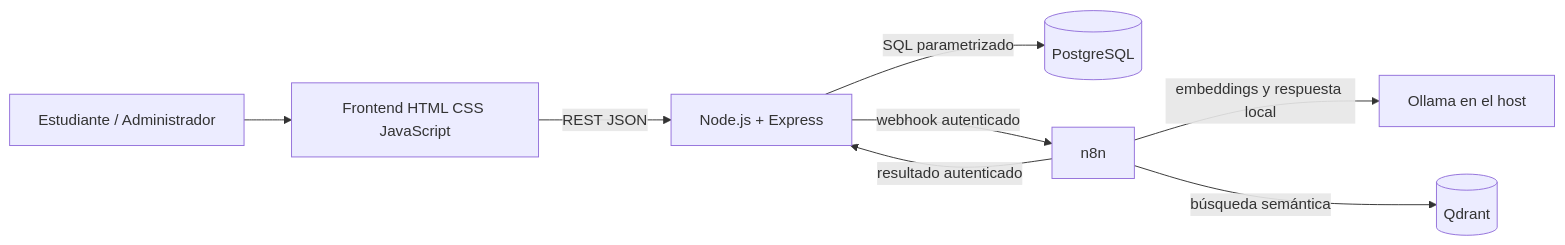
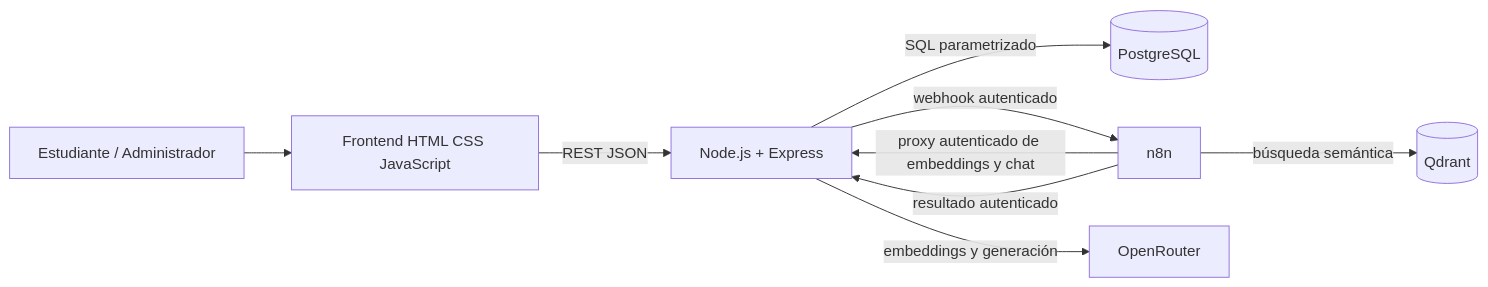
Before and after one commit to TOTO05-a/ruta-ia: the diagram in docs/architecture/system-context.md, drawn with Mermaid. The commit also changed other lines of this file and 45 other files, not shown here.

````diff
--- a/docs/architecture/system-context.md
+++ b/docs/architecture/system-context.md
@@ -3,10 +3,11 @@
 ```mermaid
 flowchart LR
   Student[Estudiante / Administrador] --> Browser[Frontend HTML CSS JavaScript]
   Browser -->|REST JSON| API[Node.js + Express]
   API -->|SQL parametrizado| PG[(PostgreSQL)]
   API -->|webhook autenticado| N8N[n8n]
-  N8N -->|embeddings y respuesta local| O[Ollama en el host]
+  N8N -->|proxy autenticado de embeddings y chat| API
+  API -->|embeddings y generación| OR[OpenRouter]
   N8N -->|búsqueda semántica| QD[(Qdrant)]
   N8N -->|resultado autenticado| API
 ```
````
